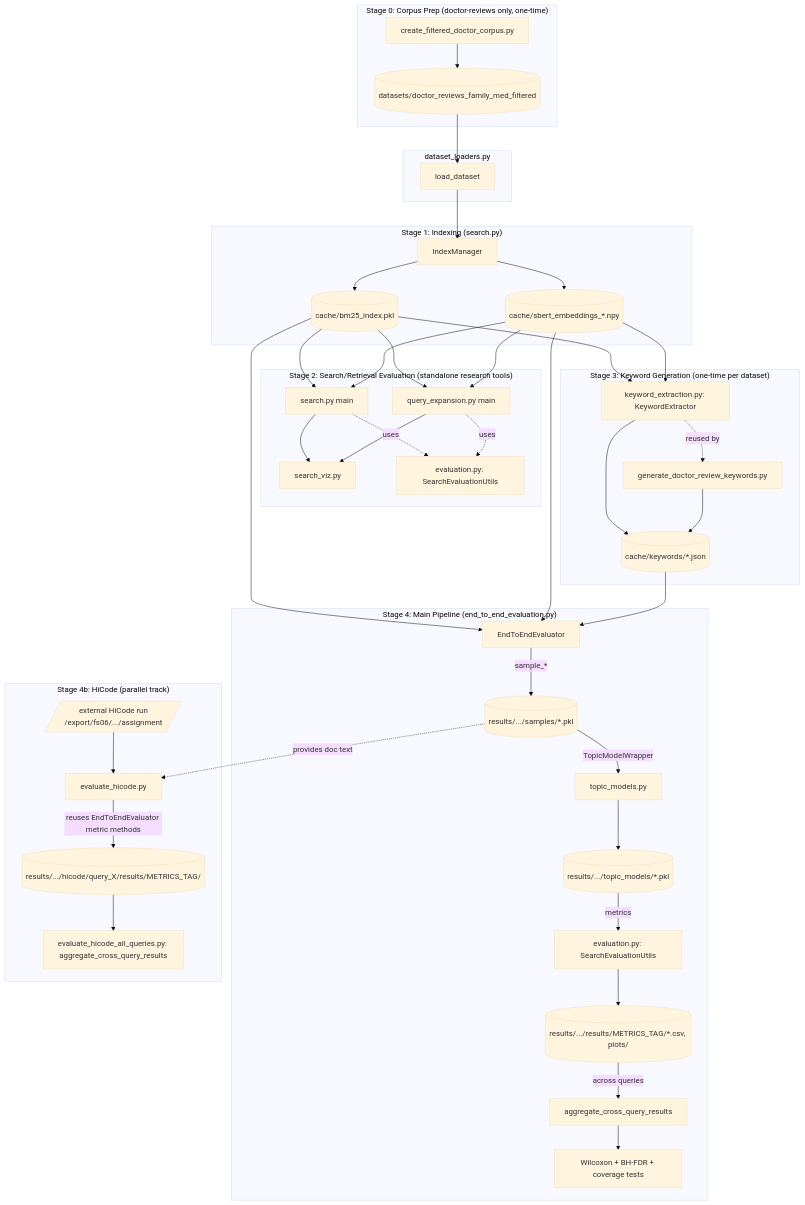
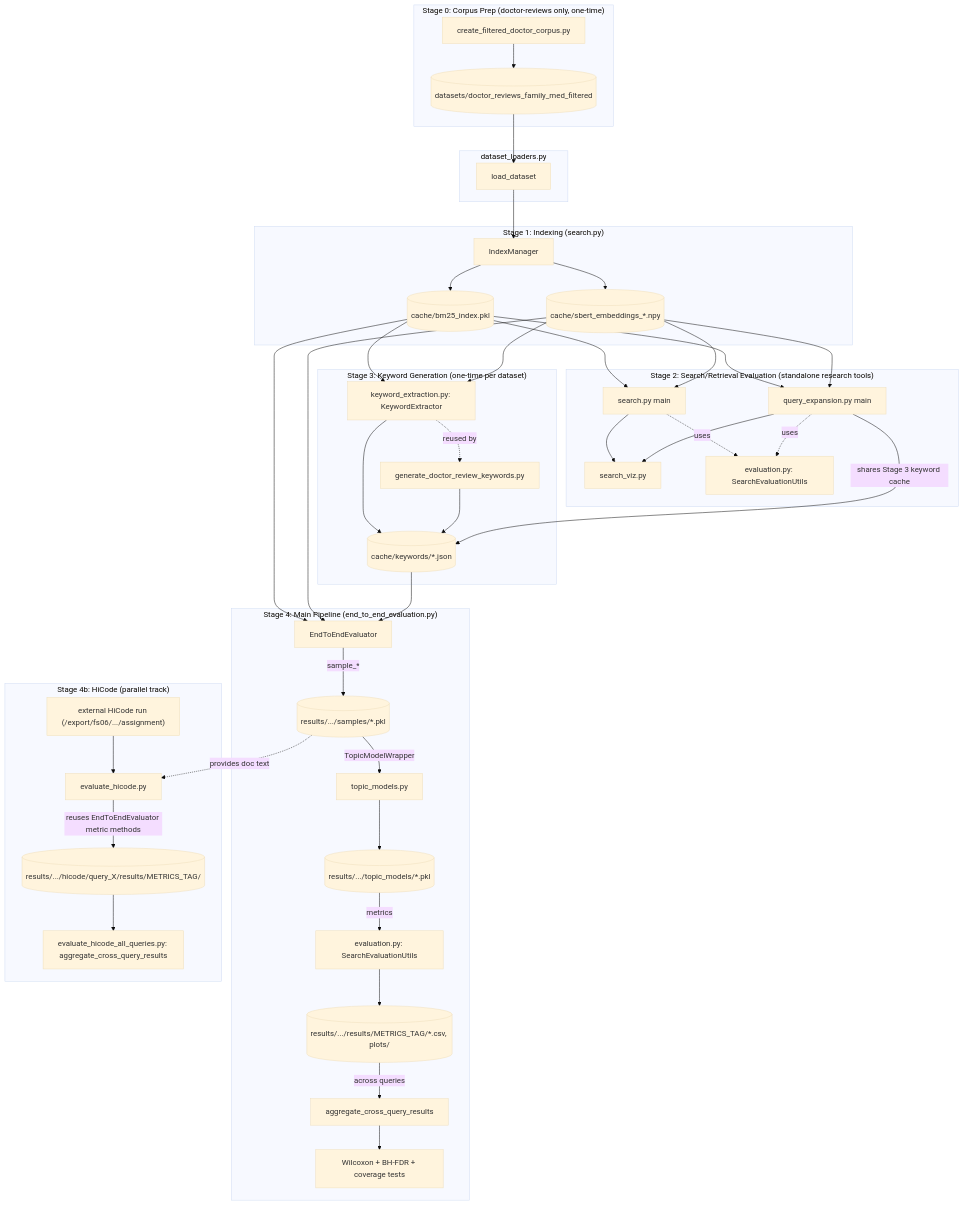
One commit to SandeshRangreji/Iterative-Query-Refinement changed the diagram in PIPELINE.md. Above: the diagram before and after it, drawn with Mermaid (base theme). The commit also changed other lines of this file and 3 other files, not shown here.

````diff
--- a/PIPELINE.md
+++ b/PIPELINE.md
@@ -26,56 +26,57 @@
 ```mermaid
 flowchart TD
     subgraph Stage0["Stage 0: Corpus Prep (doctor-reviews only, one-time)"]
         A[create_filtered_doctor_corpus.py] --> A1[(datasets/doctor_reviews_family_med_filtered)]
     end
 
     subgraph Loaders["dataset_loaders.py"]
         DL[load_dataset]
     end
     A1 --> DL
 
     subgraph Stage1["Stage 1: Indexing (search.py)"]
         DL --> IM[IndexManager]
         IM --> BM25[(cache/bm25_index.pkl)]
         IM --> SBERT[(cache/sbert_embeddings_*.npy)]
     end
 
     subgraph Stage2["Stage 2: Search/Retrieval Evaluation (standalone research tools)"]
         BM25 --> SE1[search.py main]
         SBERT --> SE1
         BM25 --> SE2[query_expansion.py main]
         SBERT --> SE2
         SE1 --> SVIZ[search_viz.py]
         SE2 --> SVIZ
         SE1 -.uses.-> EVAL1[evaluation.py: SearchEvaluationUtils]
         SE2 -.uses.-> EVAL1
     end
 
     subgraph Stage3["Stage 3: Keyword Generation (one-time per dataset)"]
         BM25 --> KE[keyword_extraction.py: KeywordExtractor]
         SBERT --> KE
         KE --> KW[(cache/keywords/*.json)]
         KE -.reused by.-> GDK[generate_doctor_review_keywords.py]
         GDK --> KW
     end
+    SE2 -->|shares Stage 3 keyword cache| KW
 
     subgraph Stage4["Stage 4: Main Pipeline (end_to_end_evaluation.py)"]
         BM25 --> EV[EndToEndEvaluator]
         SBERT --> EV
         KW --> EV
         EV -->|sample_*| SAMPLES[(results/.../samples/*.pkl)]
         SAMPLES -->|TopicModelWrapper| TM[topic_models.py]
         TM --> TOPICS[(results/.../topic_models/*.pkl)]
         TOPICS -->|metrics| EVAL2[evaluation.py: SearchEvaluationUtils]
         EVAL2 --> RESULTS[(results/.../results/METRICS_TAG/*.csv, plots/)]
         RESULTS -->|across queries| AGG[aggregate_cross_query_results]
         AGG --> STATS[Wilcoxon + BH-FDR + coverage tests]
     end
 
     subgraph Stage4b["Stage 4b: HiCode (parallel track)"]
-        EXT[/external HiCode run\n/export/fs06/.../assignment/] --> HC[evaluate_hicode.py]
+        EXT["external HiCode run (/export/fs06/.../assignment)"] --> HC[evaluate_hicode.py]
         SAMPLES -.provides doc text.-> HC
         HC -->|reuses EndToEndEvaluator metric methods| HRESULTS[(results/.../hicode/query_X/results/METRICS_TAG/)]
         HRESULTS --> HAGG[evaluate_hicode_all_queries.py: aggregate_cross_query_results]
     end
 ```
````
